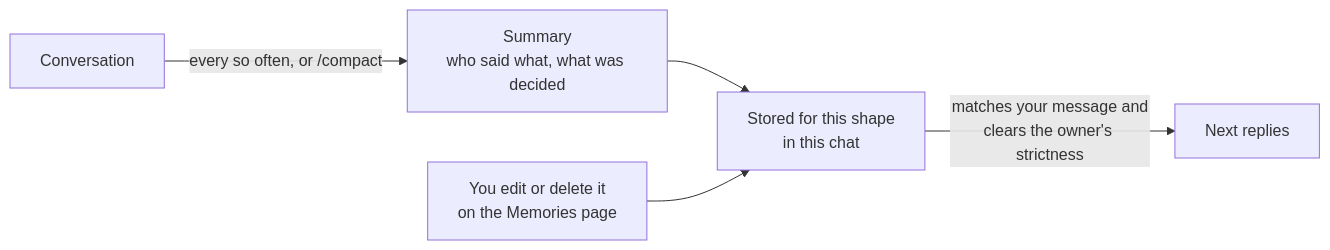
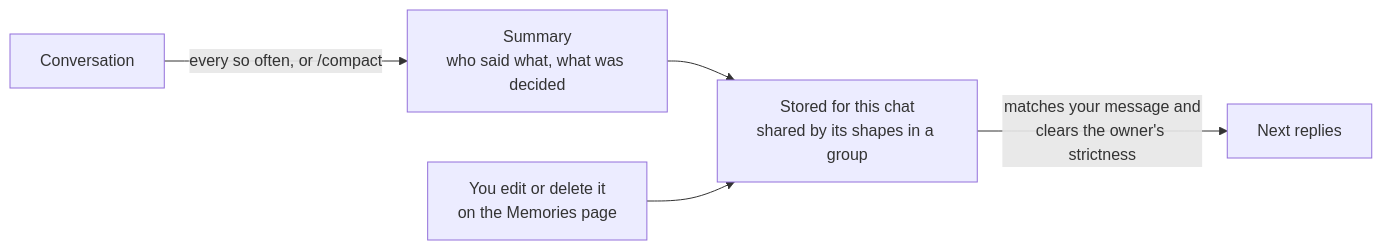
The sixth of 8 diagrams in memory-under-the-hood.mdx (shapesinc/docs), drawn with Mermaid before and after one commit. The commit also changed other lines of this file and 44 other files, not shown here.

````diff
--- a/memory-under-the-hood.mdx
+++ b/memory-under-the-hood.mdx
@@ -160,7 +162,7 @@
 ```mermaid
 flowchart LR
   Conv["Conversation"] -- "every so often, or /compact" --> Sum["Summary<br/>who said what, what was decided"]
-  Sum --> Store["Stored for this shape<br/>in this chat"]
+  Sum --> Store["Stored for this chat<br/>shared by its shapes in a group"]
   Store -- "matches your message and<br/>clears the owner's strictness" --> Next["Next replies"]
   You["You edit or delete it<br/>on the Memories page"] --> Store
 ```
````
